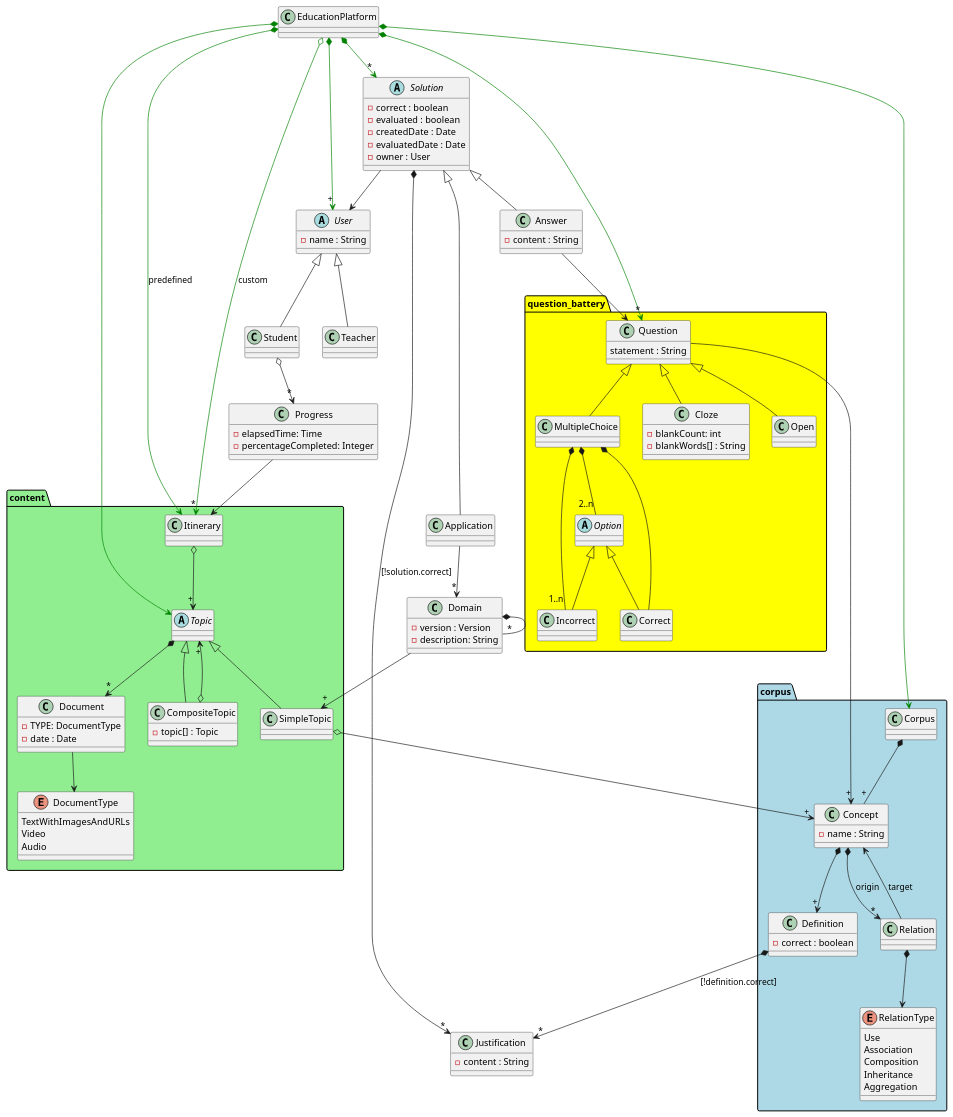
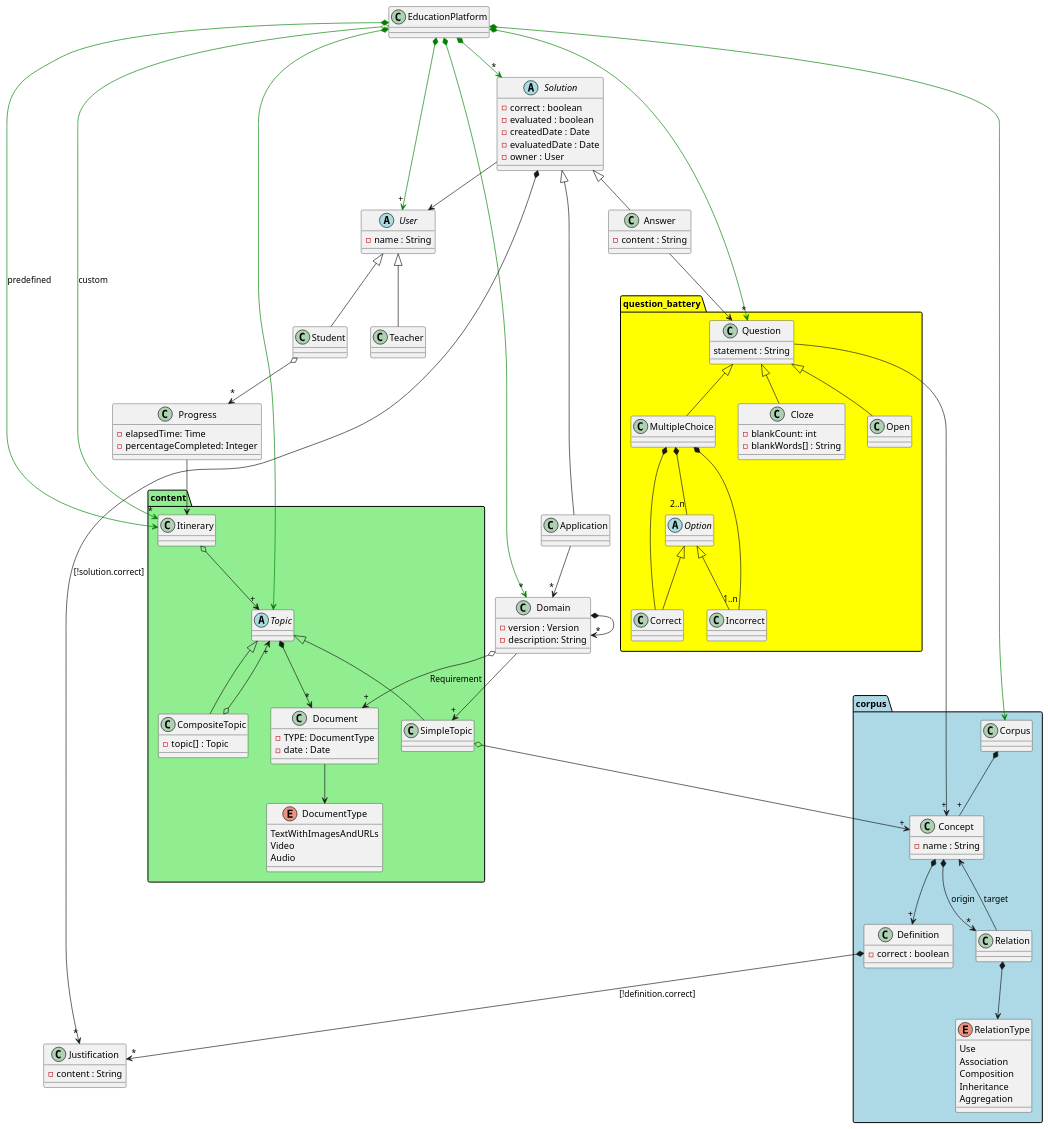
Before and after one commit to jumpering/lab-turing: the diagram in 1.8.-Modelado/Diagrams/EducationPlatform/Domain.puml, drawn with PlantUML.

```diff
--- a/1.8.-Modelado/Diagrams/EducationPlatform/Domain.puml
+++ b/1.8.-Modelado/Diagrams/EducationPlatform/Domain.puml
@@ -1,166 +1,168 @@
 @startuml EducationPlatformDomain
 
 EducationPlatform *-[#green]-> "+" User
 EducationPlatform *-[#green]-> content.Topic
 EducationPlatform *-[#green]-> content.Itinerary : predefined
 EducationPlatform o-[#green]-> "*" content.Itinerary : custom
 EducationPlatform *-[#green]-> "*" question_battery.Question
+EducationPlatform *-[#green]-> "*" Domain
 EducationPlatform *-[#green]-> "*" Solution
 EducationPlatform *-[#green]-> corpus.Corpus
 
 abstract Solution {
     - correct : boolean
     - evaluated : boolean
     - createdDate : Date
     - evaluatedDate : Date
     - owner : User
 }
 Solution <|--  Application
 Solution <|-- Answer
 Solution --> User
 Solution *--> "*" Justification:[!solution.correct]
 
 class Answer{
     - content : String
 }
 Answer --> Question
 
 abstract User{
     - name : String
 }
 User <|-- Teacher
 User <|-- Student
 
 class Teacher{
     
 }
 
 class Student{
 
 }
 Student o-->"*" Progress
 
 class Progress {
     - elapsedTime: Time
     - percentageCompleted: Integer
 }
 Progress --> content.Itinerary
 
 class Justification {
     - content : String
 }
 
 package content #lightgreen{
 
     class Itinerary {
    
     }
     Itinerary o--> "+" Topic
 
     abstract Topic{
     }
     Topic <|-- CompositeTopic
     Topic <|-- SimpleTopic
     Topic *--> "*" Document
 
     class CompositeTopic {
         - topic[] : Topic
     }
 
     class Document {
         - TYPE: DocumentType
         - date : Date
     }
     Document --> DocumentType
 
     enum DocumentType {
         TextWithImagesAndURLs
         Video
         Audio
     }
 
     class SimpleTopic{
     }
     SimpleTopic o--> "+" corpus.Concept
 
     class CompositeTopic{
     }
     CompositeTopic o--> "+" Topic
 }
 
 package corpus #lightblue{
 
     class Corpus {
     }
     Corpus *-- "+" Concept
 
     class Concept{
         - name : String
     }
     Concept *-down-> "+" Definition
     Concept *-down-> "*" Relation : origin
 
     class Definition {
         - correct : boolean
     }
     Definition *--> "*" Justification:[!definition.correct]
 
     class Relation {
     }
     Relation --> Concept : target
     Relation *-down-> RelationType
 
     enum RelationType {
         Use
         Association
         Composition
         Inheritance
         Aggregation
     }
 
 }
 
 class Domain {
    - version : Version
    - description: String
 }
 Domain --> "+" SimpleTopic
-Domain *-- "*" Domain
+Domain *--> "*" Domain
+Domain o--> "+" content.Document : Requirement
 
 class Application{
   
 }
 Application --> "*" Domain
 
 package question_battery #yellow{
 
     class Question{
             statement : String
     }
     Question <|-- MultipleChoice
     Question <|-- Cloze
     Question <|-- Open
     Question --> "+" Concept
 
     class Cloze{
        - blankCount: int
        - blankWords[] : String
     }
 
     class MultipleChoice{
     }
     MultipleChoice *--"2..n" Option
     MultipleChoice *-- Correct
     MultipleChoice *--"1..n" Incorrect
 
     abstract Option
     Option <|-- Incorrect
     Option <|-- Correct
 
     class Correct
 
     class Incorrect
 
 }
 
 @enduml
```
